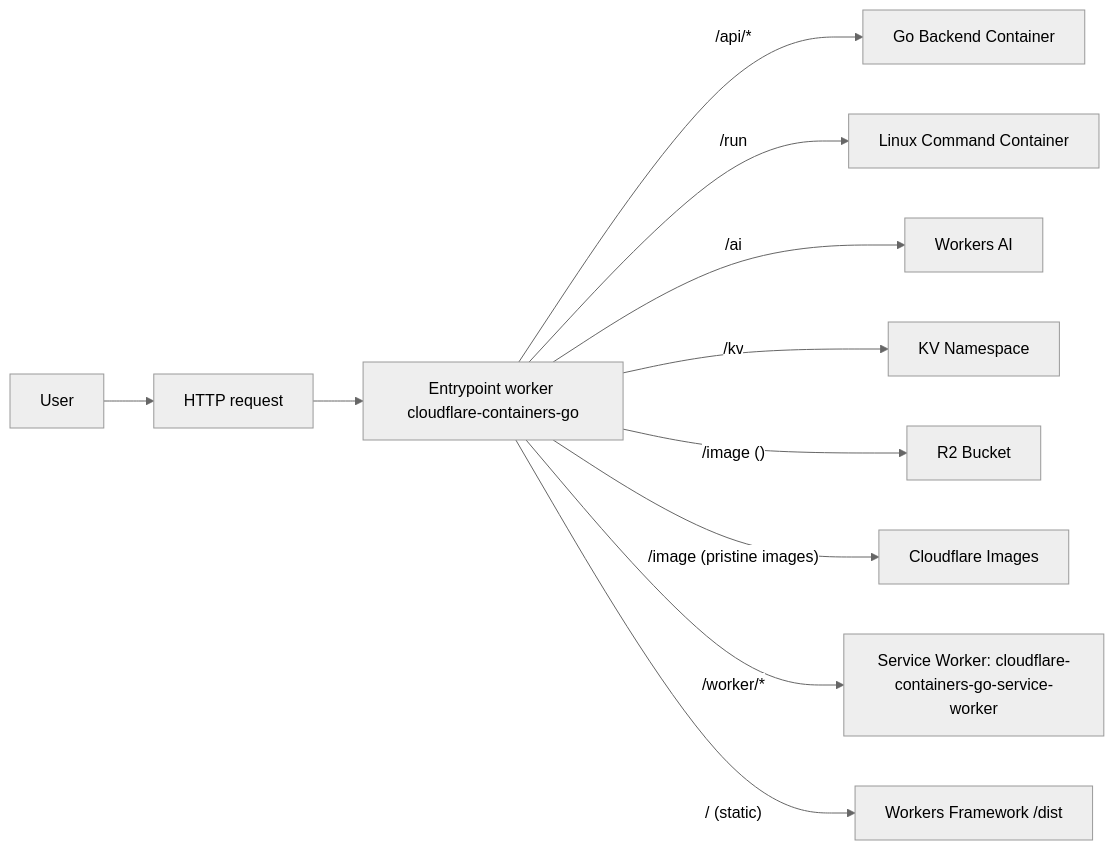
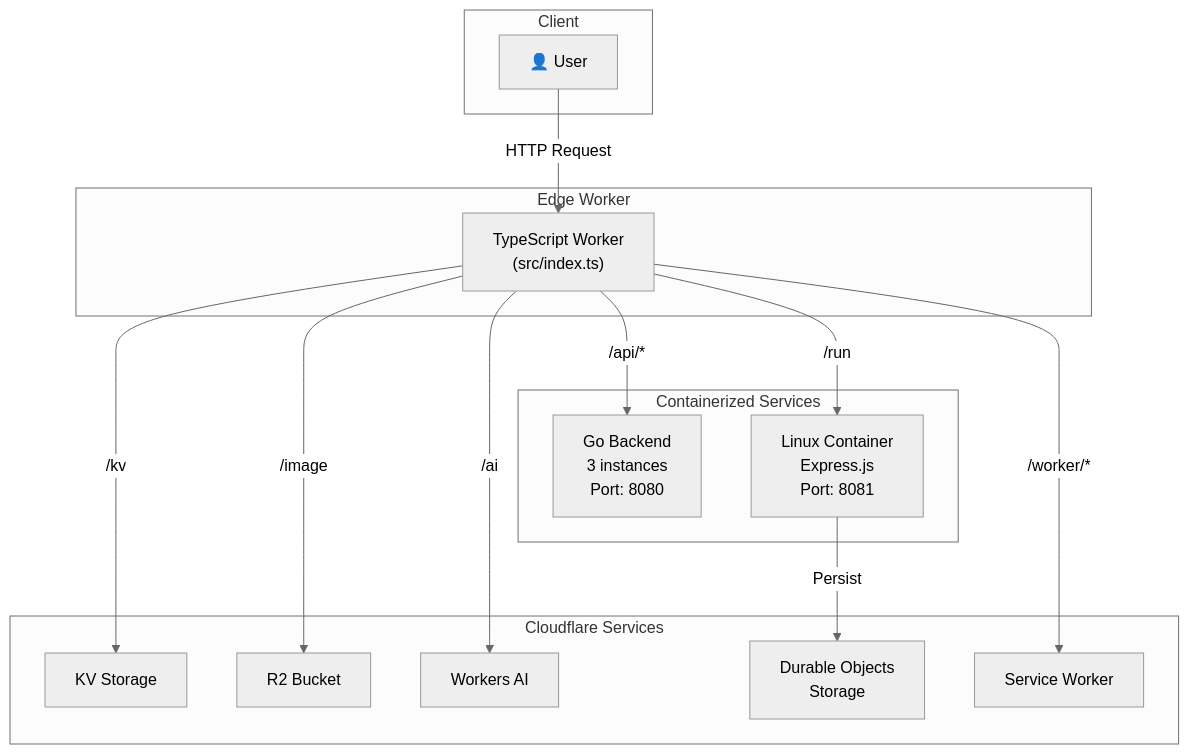
The diagram in README.md (iamask/cloudflare-containers-go), drawn with Mermaid (neutral theme) before and after one commit. The commit also changed other lines of this file and 1 other file, not shown here.

````diff
--- a/README.md
+++ b/README.md
@@ -29,12 +36,32 @@
 ```mermaid
-graph LR;
-    USER["User"] --> HTTP["HTTP request"] --> A["Entrypoint worker cloudflare-containers-go"]
-    A -- "/api/*" --> BACKEND["Go Backend Container"]
-    A -- "/run" --> LINUX["Linux Command Container"]
-    A -- "/ai" --> AI["Workers AI"]
-    A -- "/kv" --> KV["KV Namespace"]
-    A -- "/image ()" --> R2["R2 Bucket"]
-    A -- "/image (pristine images)" --> IMAGES["Cloudflare Images"]
-    A -- "/worker/*" --> SERVICE["Service Worker: cloudflare-containers-go-service-worker"]
-    A -- "/ (static)" --> STATIC["Workers Framework /dist"]
+graph TB
+    subgraph "Client"
+        USER["👤 User"]
+    end
+    
+    subgraph "Edge Worker"
+        WORKER["TypeScript Worker<br/>(src/index.ts)"]
+    end
+    
+    subgraph "Containerized Services"
+        GO["Go Backend<br/>3 instances<br/>Port: 8080"]
+        LINUX["Linux Container<br/>Express.js<br/>Port: 8081"]
+    end
+    
+    subgraph "Cloudflare Services"
+        KV["KV Storage"]
+        R2["R2 Bucket"]
+        AI["Workers AI"]
+        DO["Durable Objects<br/>Storage"]
+        SERVICE["Service Worker"]
+    end
+    
+    USER -->|HTTP Request| WORKER
+    WORKER -->|"/api/*"| GO
+    WORKER -->|"/run"| LINUX
+    WORKER -->|"/kv"| KV
+    WORKER -->|"/image"| R2
+    WORKER -->|"/ai"| AI
+    WORKER -->|"/worker/*"| SERVICE
+    LINUX -->|Persist| DO
 ```
````
